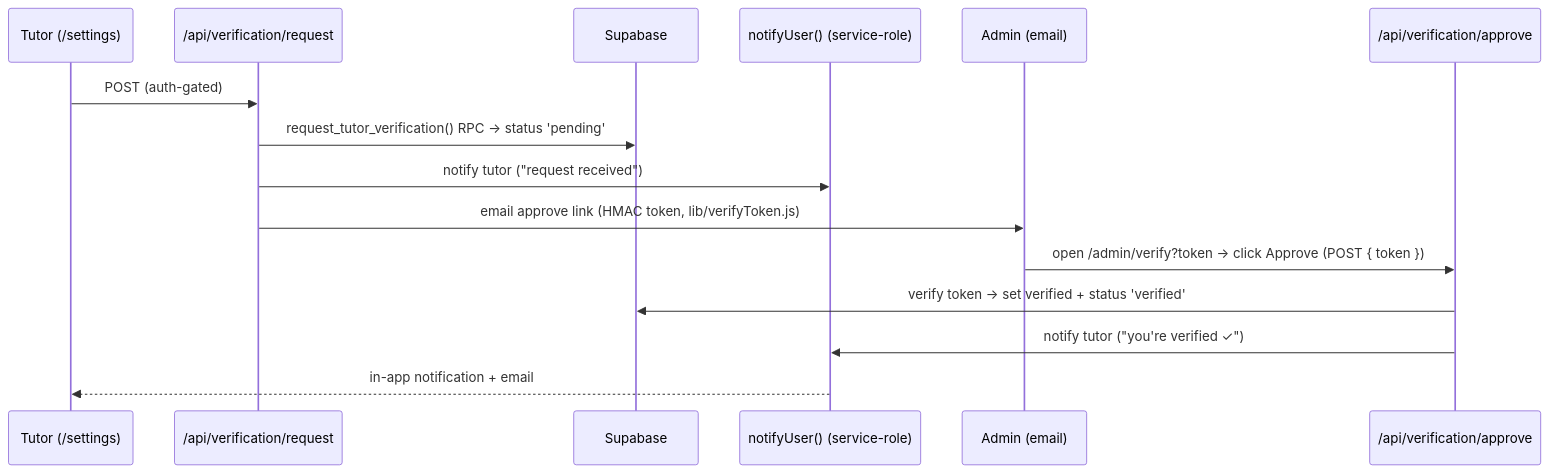
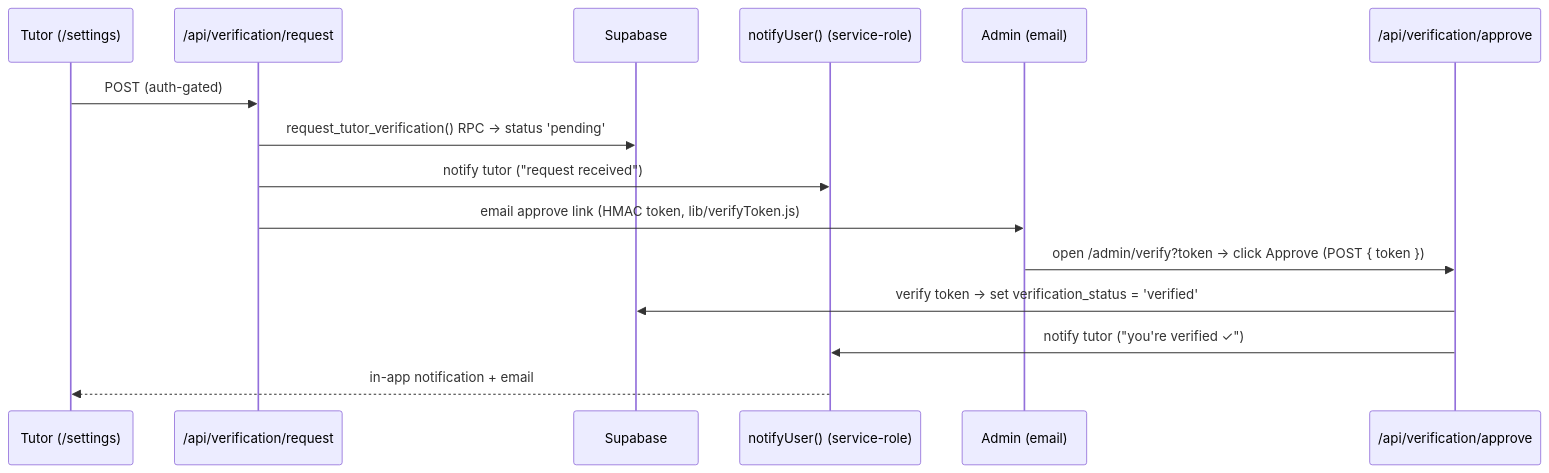
One commit to Art4v/tutor-match changed the fourth of 7 diagrams in README.md. Above: the diagram before and after it, drawn with Mermaid. The commit also changed 12 other files, not shown here.

````diff
--- a/README.md
+++ b/README.md
@@ -117,18 +117,18 @@
 ```mermaid
 sequenceDiagram
     participant T as Tutor (/settings)
     participant RQ as /api/verification/request
     participant DB as Supabase
     participant N as notifyUser() (service-role)
     participant A as Admin (email)
     participant AP as /api/verification/approve
 
     T->>RQ: POST (auth-gated)
     RQ->>DB: request_tutor_verification() RPC → status 'pending'
     RQ->>N: notify tutor ("request received")
     RQ->>A: email approve link (HMAC token, lib/verifyToken.js)
     A->>AP: open /admin/verify?token → click Approve (POST { token })
-    AP->>DB: verify token → set verified + status 'verified'
+    AP->>DB: verify token → set verification_status = 'verified'
     AP->>N: notify tutor ("you're verified ✓")
     N-->>T: in-app notification + email
 ```
````
